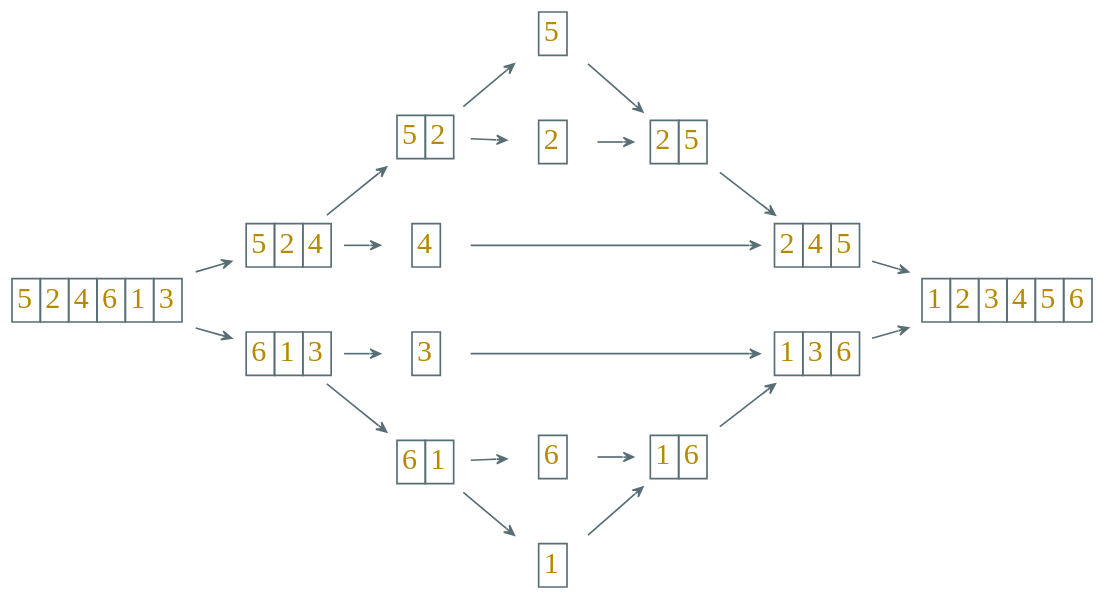
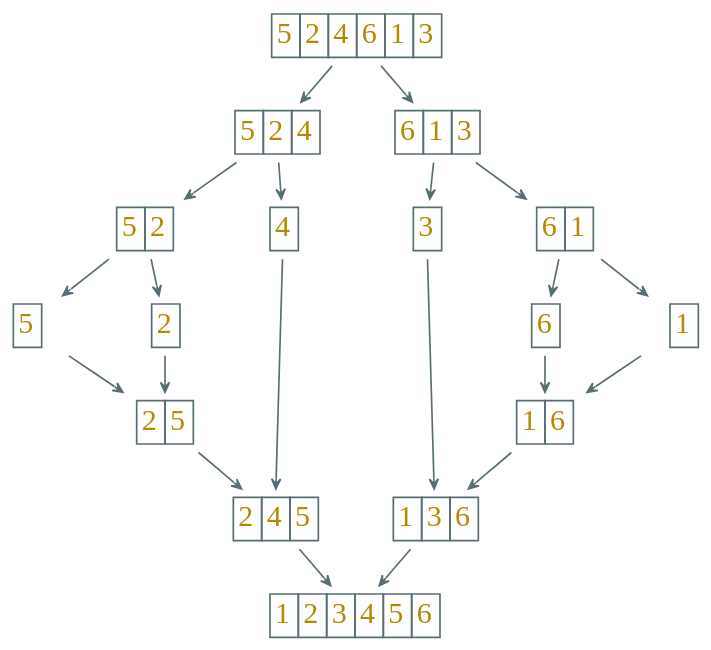
The diagram in dot/merge-sort.dot (Avanti1980/course-alg), drawn with Graphviz before and after one commit. The commit also changed 32293 other files, not shown here.

```diff
--- a/dot/merge-sort.dot
+++ b/dot/merge-sort.dot
@@ -1,115 +1,115 @@
 digraph g {
     bgcolor=transparent
     graph [nodesep=0.4, ranksep=0.3]
-    rankdir=LR
+    rankdir=TB
     node [shape=none, color="#586e75", fontcolor="#b58900", fontsize=18, fontname="LXGWWenKai"]
     edge [arrowhead=vee, color="#586e75", fontcolor="#268bd2", fontsize=16, fontname="LXGWWenKai", arrowsize=0.6]
 
     n1 [label=<<table width="3" cellspacing="0" border="0"><tr>
        <td border="1">5</td>
        <td border="1">2</td>
        <td border="1">4</td>
        <td border="1">6</td>
        <td border="1">1</td>
        <td border="1">3</td>
        </tr></table>>]
 
     n2 [label=<<table cellspacing="0" border="0"><tr>
        <td border="1">5</td>
        <td border="1">2</td>
        <td border="1">4</td>
        </tr></table>>]
 
     n3 [label=<<table cellspacing="0" border="0"><tr>
        <td border="1">6</td>
        <td border="1">1</td>
        <td border="1">3</td>
        </tr></table>>]
 
     n1 -> {n2, n3}
 
     n4 [label=<<table cellspacing="0" border="0"><tr>
        <td border="1">5</td>
        <td border="1">2</td>
        </tr></table>>]
 
     n5 [label=<<table cellspacing="0" border="0"><tr>
        <td border="1">4</td>
        </tr></table>>]
 
     n2 -> {n4, n5}
 
     n7 [label=<<table cellspacing="0" border="0"><tr>
        <td border="1">3</td>
        </tr></table>>]
 
     n6 [label=<<table cellspacing="0" border="0"><tr>
        <td border="1">6</td>
        <td border="1">1</td>
        </tr></table>>]
 
     n3 -> {n6, n7}
 
     {rank=same; n4; n5; n6; n7}
 
     n8 [label=<<table cellspacing="0" border="0"><tr>
        <td border="1">5</td>
        </tr></table>>]
 
     n9 [label=<<table cellspacing="0" border="0"><tr>
        <td border="1">2</td>
        </tr></table>>]
 
     n4 -> {n8, n9}
 
     n10 [label=<<table cellspacing="0" border="0"><tr>
        <td border="1">6</td>
        </tr></table>>]
 
     n11 [label=<<table cellspacing="0" border="0"><tr>
        <td border="1">1</td>
        </tr></table>>]
 
     n6 -> {n10, n11}
 
     n12 [label=<<table cellspacing="0" border="0"><tr>
        <td border="1">2</td>
        <td border="1">5</td>
        </tr></table>>]
 
     {n8, n9} -> n12
 
     n13 [label=<<table cellspacing="0" border="0"><tr>
        <td border="1">1</td>
        <td border="1">6</td>
        </tr></table>>]
 
     {n10, n11} -> n13
 
     n14 [label=<<table cellspacing="0" border="0"><tr>
        <td border="1">2</td>
        <td border="1">4</td>
        <td border="1">5</td>
        </tr></table>>]
 
     {n5, n12} -> n14
 
     n15 [label=<<table cellspacing="0" border="0"><tr>
        <td border="1">1</td>
        <td border="1">3</td>
        <td border="1">6</td>
        </tr></table>>]
 
     {n7, n13} -> n15
 
     n16 [label=<<table cellspacing="0" border="0"><tr>
        <td border="1">1</td>
        <td border="1">2</td>
        <td border="1">3</td>
        <td border="1">4</td>
        <td border="1">5</td>
        <td border="1">6</td>
        </tr></table>>]
 
     {n14, n15} -> n16
 }
```
